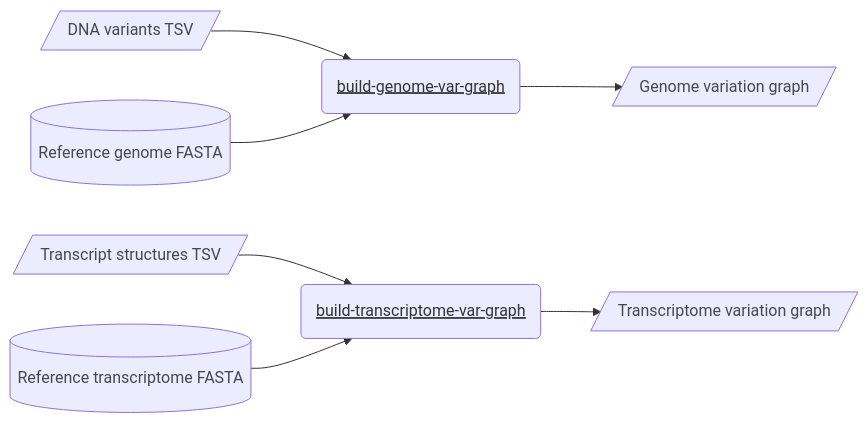
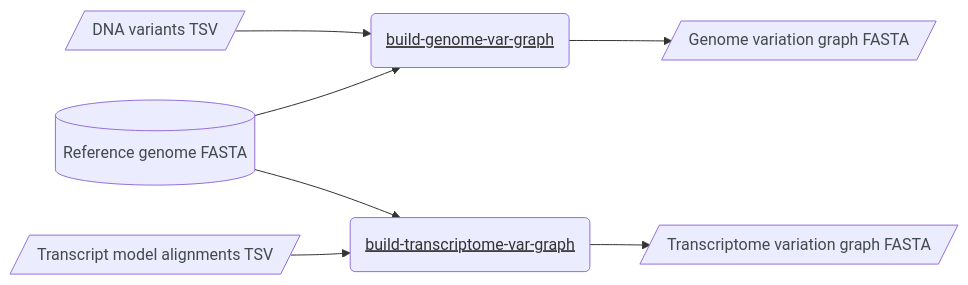
Before and after one commit to pirl-unc/exacto: the diagram in docs/pipelines/variation-graph-construction.qmd, drawn with Mermaid. The commit also changed other lines of this file and 3328 other files, not shown here.

````diff
--- a/docs/pipelines/variation-graph-construction.qmd
+++ b/docs/pipelines/variation-graph-construction.qmd
@@ -12,17 +12,17 @@
 ```{mermaid}
 %%{init: {'securityLevel': 'loose'}}%%
 flowchart LR
-    INTV[/"<span style='white-space:nowrap;color:#414a4c'>DNA variants TSV</span>"/] --> BGV(build‑genome‑var‑graph)
+    DNAV[/"<span style='white-space:nowrap;color:#414a4c'>DNA variants TSV</span>"/] --> BGV(build‑genome‑var‑graph)
     REFG[("<span style='white-space:nowrap;color:#414a4c'>Reference genome FASTA</span>")] --> BGV
-    BGV --> GG[/"<span style='white-space:nowrap;color:#414a4c'>Genome variation graph</span>"/]
+    BGV --> GG[/"<span style='white-space:nowrap;color:#414a4c'>Genome variation graph FASTA</span>"/]
 
-    PRIMS[/"<span style='white-space:nowrap;color:#414a4c'>Transcript structures TSV</span>"/] --> BTV(build‑transcriptome‑var‑graph)
-    REFT[("<span style='white-space:nowrap;color:#414a4c'>Reference transcriptome FASTA</span>")] --> BTV
-    BTV --> TG[/"<span style='white-space:nowrap;color:#414a4c'>Transcriptome variation graph</span>"/]
+    TXS[/"<span style='white-space:nowrap;color:#414a4c'>Transcript model alignments TSV</span>"/] --> BTV(build‑transcriptome‑var‑graph)
+    REFG --> BTV
+    BTV --> TG[/"<span style='white-space:nowrap;color:#414a4c'>Transcriptome variation graph FASTA</span>"/]
 
     click BGV href "../cli/build-genome-var-graph.html" "View build-genome-var-graph docs" _self
     click BTV href "../cli/build-transcriptome-var-graph.html" "View build-transcriptome-var-graph docs" _self
 
     classDef linked text-decoration:underline;
     class BGV,BTV linked
 ```
````
